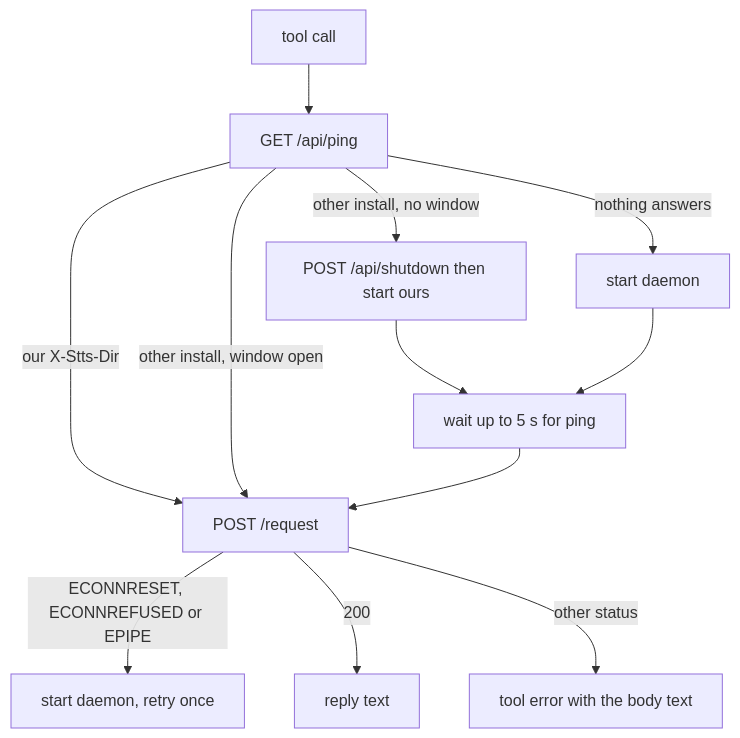
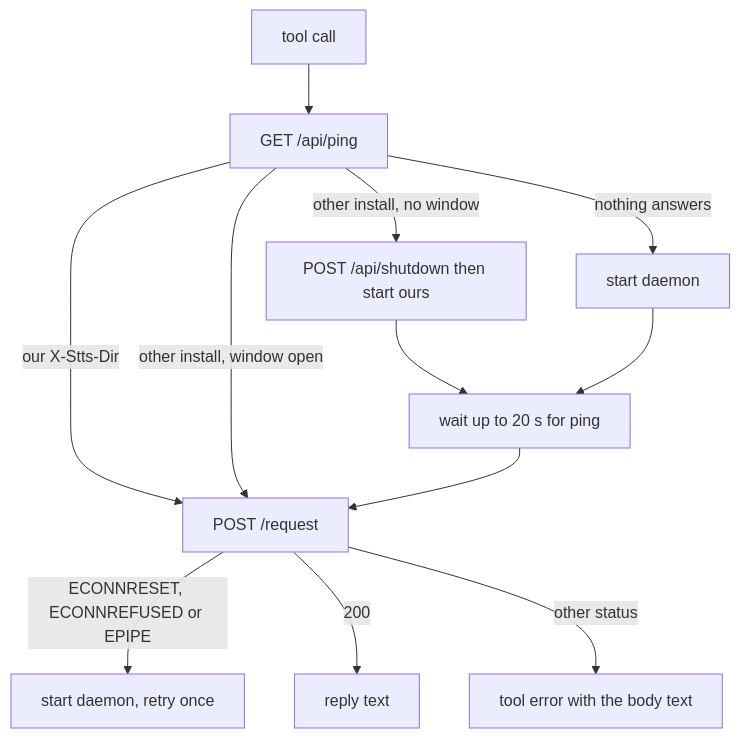
Before and after one commit to markkennethbadilla/stts: the diagram in specs/008-mcp-server-and-client/spec.md, drawn with Mermaid. The commit also changed other lines of this file and 3 other files, not shown here.

````diff
--- a/specs/008-mcp-server-and-client/spec.md
+++ b/specs/008-mcp-server-and-client/spec.md
@@ -17,14 +17,14 @@
 ```mermaid
 flowchart TD
   A[tool call] --> B[GET /api/ping]
   B -->|our X-Stts-Dir| E[POST /request]
   B -->|other install, window open| E
   B -->|other install, no window| C[POST /api/shutdown then start ours]
   B -->|nothing answers| D[start daemon]
-  C --> W[wait up to 5 s for ping]
+  C --> W[wait up to 20 s for ping]
   D --> W
   W --> E
   E -->|ECONNRESET, ECONNREFUSED or EPIPE| F[start daemon, retry once]
   E -->|200| G[reply text]
   E -->|other status| H[tool error with the body text]
 ```
````
